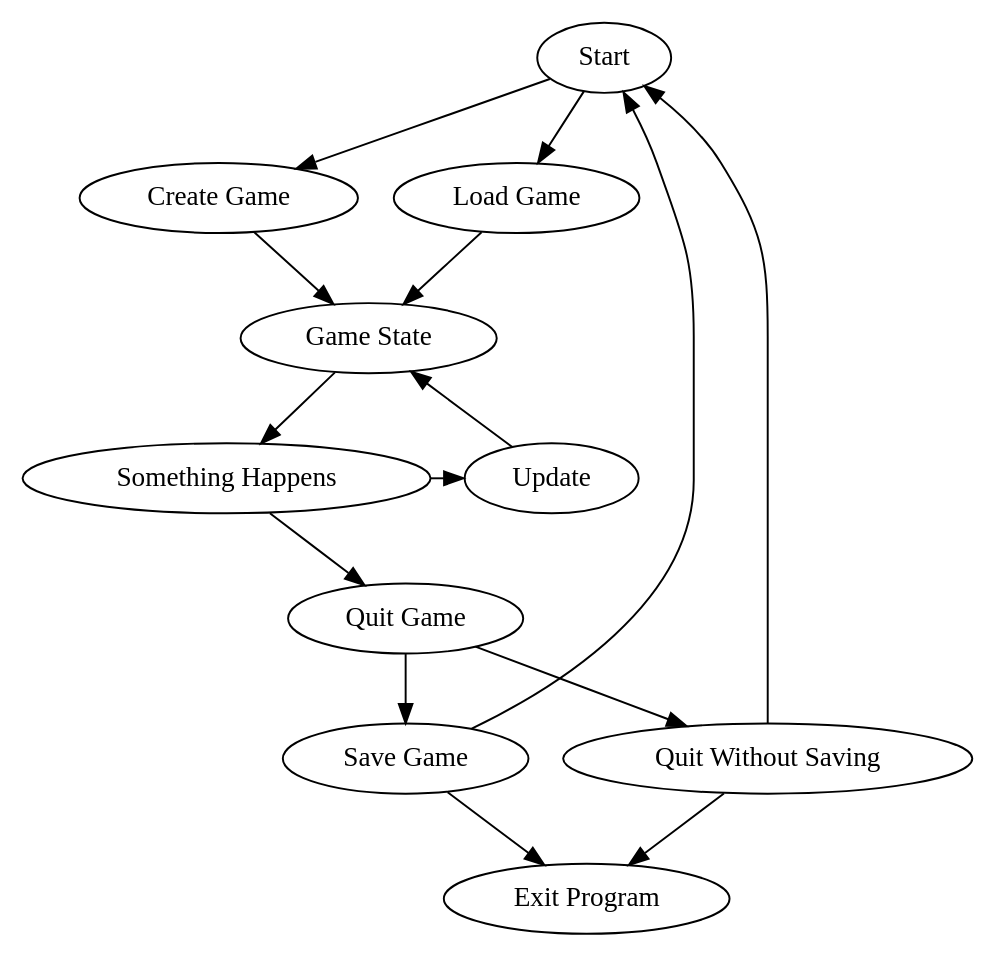
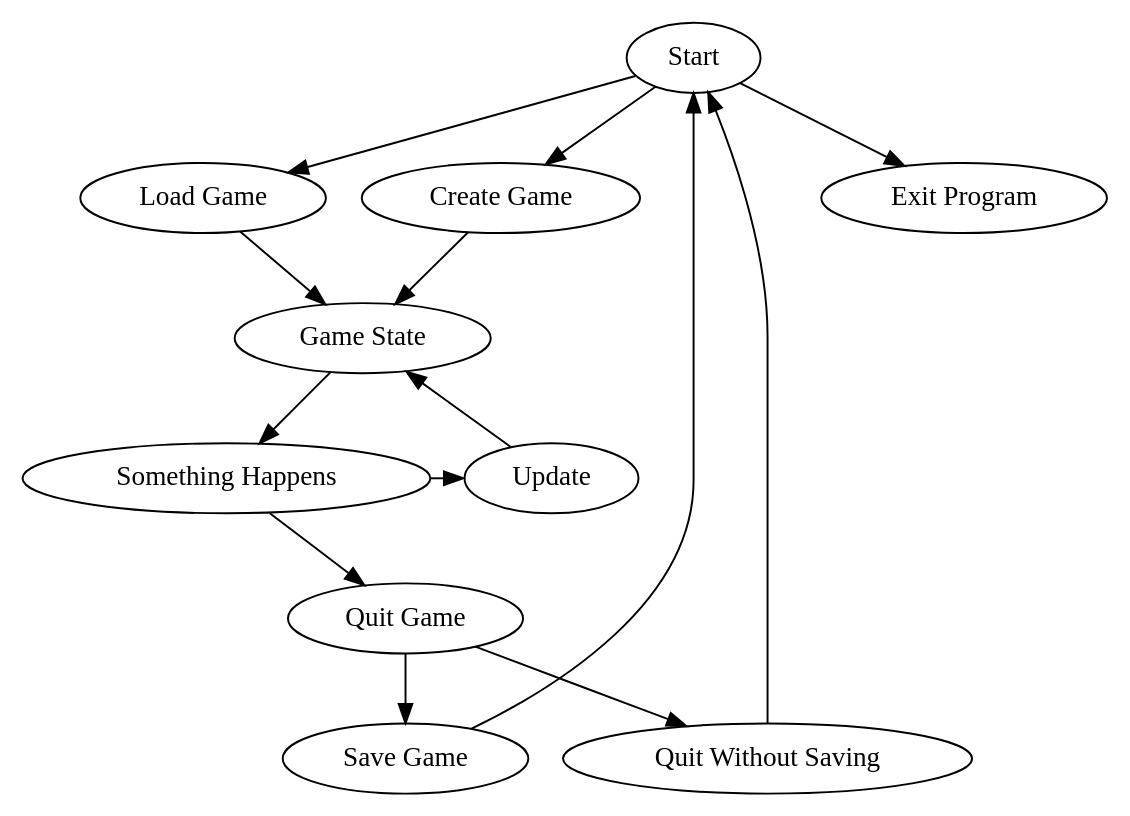
The diagram in game-loop.dot (brain-fuel-co/python-game), drawn with Graphviz before and after one commit. The commit also changed 1 other file, not shown here.

```diff
--- a/game-loop.dot
+++ b/game-loop.dot
@@ -1,12 +1,12 @@
 digraph G {
-  "Start" -> {"Create Game", "Load Game"}
+  "Start" -> {"Create Game", "Load Game", "Exit Program"}
   { rank=same; "Create Game", "Load Game"}
   {"Create Game", "Load Game"} -> "Game State"
   "Game State" -> "Something Happens"
   "Something Happens" -> {"Update", "Quit Game"}
   { rank=same; "Something Happens", "Update" }
   "Update" -> "Game State"
 
   "Quit Game" -> {"Save Game", "Quit Without Saving"}
-  {"Save Game", "Quit Without Saving"} -> {"Start", "Exit Program"}
+  {"Save Game", "Quit Without Saving"} -> "Start"
 }
```
